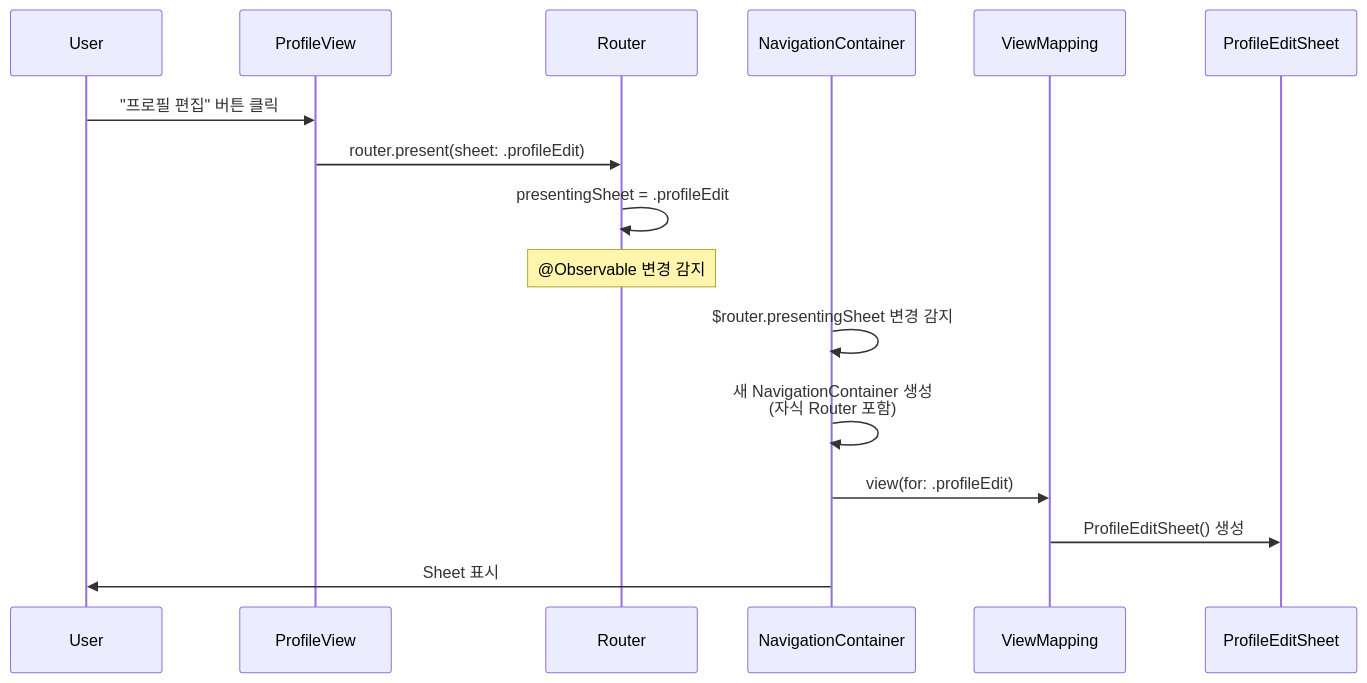
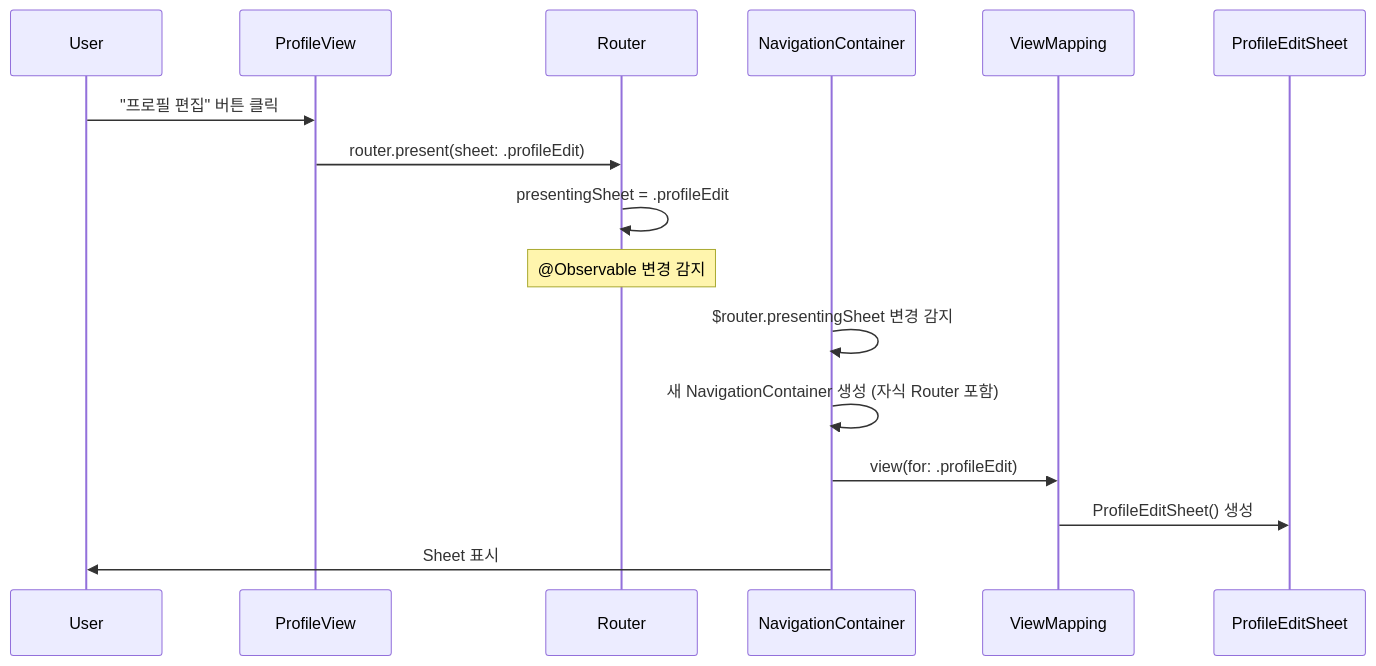
Before and after one commit to youn9k/SwiftUI-Navigation-Demo: the third of 6 diagrams in README.md, drawn with Mermaid. The commit also changed other lines of this file and 1 other file, not shown here.

````diff
--- a/README.md
+++ b/README.md
@@ -318,19 +318,19 @@
 ```mermaid
 sequenceDiagram
     participant U as User
     participant PV as ProfileView
     participant R as Router
     participant NC as NavigationContainer
     participant VM as ViewMapping
     participant Sheet as ProfileEditSheet
 
     U->>PV: "프로필 편집" 버튼 클릭
     PV->>R: router.present(sheet: .profileEdit)
     R->>R: presentingSheet = .profileEdit
     Note over R: @Observable 변경 감지
     NC->>NC: $router.presentingSheet 변경 감지
-    NC->>NC: 새 NavigationContainer 생성<br/>(자식 Router 포함)
+    NC->>NC: 새 NavigationContainer 생성 (자식 Router 포함)
     NC->>VM: view(for: .profileEdit)
     VM->>Sheet: ProfileEditSheet() 생성
     NC->>U: Sheet 표시
 ```
````
